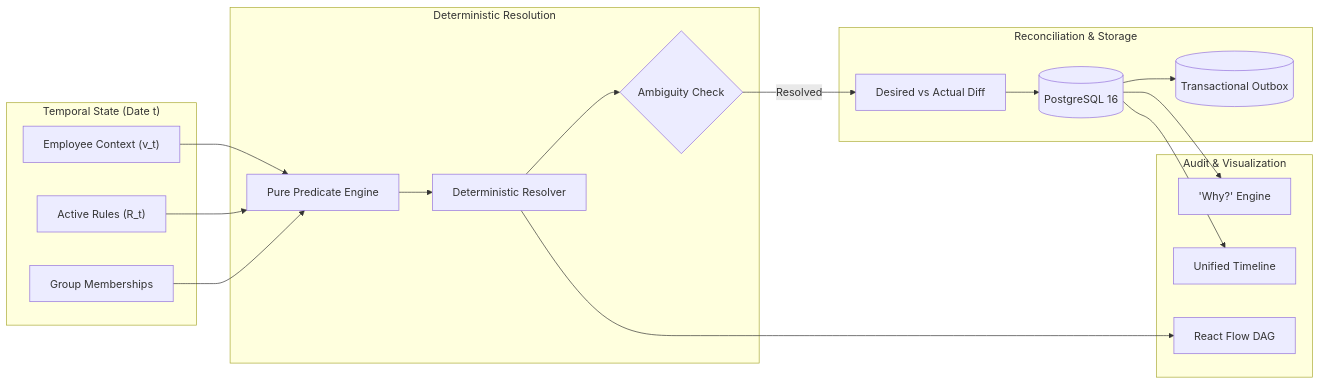
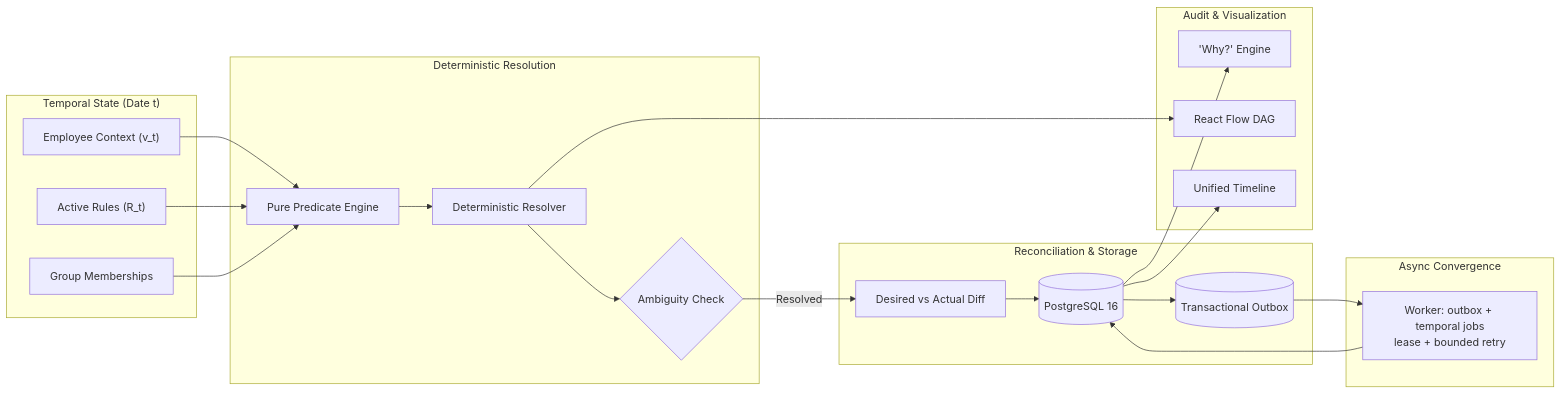
The first of 2 diagrams in README.md (101xAnshu/Policy-Assignment-System), drawn with Mermaid before and after one commit. The commit also changed other lines of this file and 55 other files, not shown here.

````diff
--- a/README.md
+++ b/README.md
@@ -34,38 +35,44 @@
 ```mermaid
 graph LR
     subgraph Input ["Temporal State (Date t)"]
         E["Employee Context (v_t)"]
         R["Active Rules (R_t)"]
         G["Group Memberships"]
     end
 
     subgraph Core ["Deterministic Resolution"]
         PE["Pure Predicate Engine"]
         DR["Deterministic Resolver"]
         AMB{"Ambiguity Check"}
     end
 
     subgraph Convergence ["Reconciliation & Storage"]
         DIFF["Desired vs Actual Diff"]
         STORE[("PostgreSQL 16")]
         OUTBOX[("Transactional Outbox")]
     end
 
+    subgraph Workers ["Async Convergence"]
+        W["Worker: outbox + temporal jobs<br/>lease + bounded retry"]
+    end
+
     subgraph Insights ["Audit & Visualization"]
         WHY["'Why?' Engine"]
         DAG["React Flow DAG"]
         TL["Unified Timeline"]
     end
 
     E --> PE
     R --> PE
     G --> PE
     PE --> DR
     DR --> AMB
     AMB -->|Resolved| DIFF
     DIFF --> STORE
     STORE --> OUTBOX
+    OUTBOX --> W
+    W --> STORE
     STORE --> WHY
     DR --> DAG
     STORE --> TL
 ```
````
